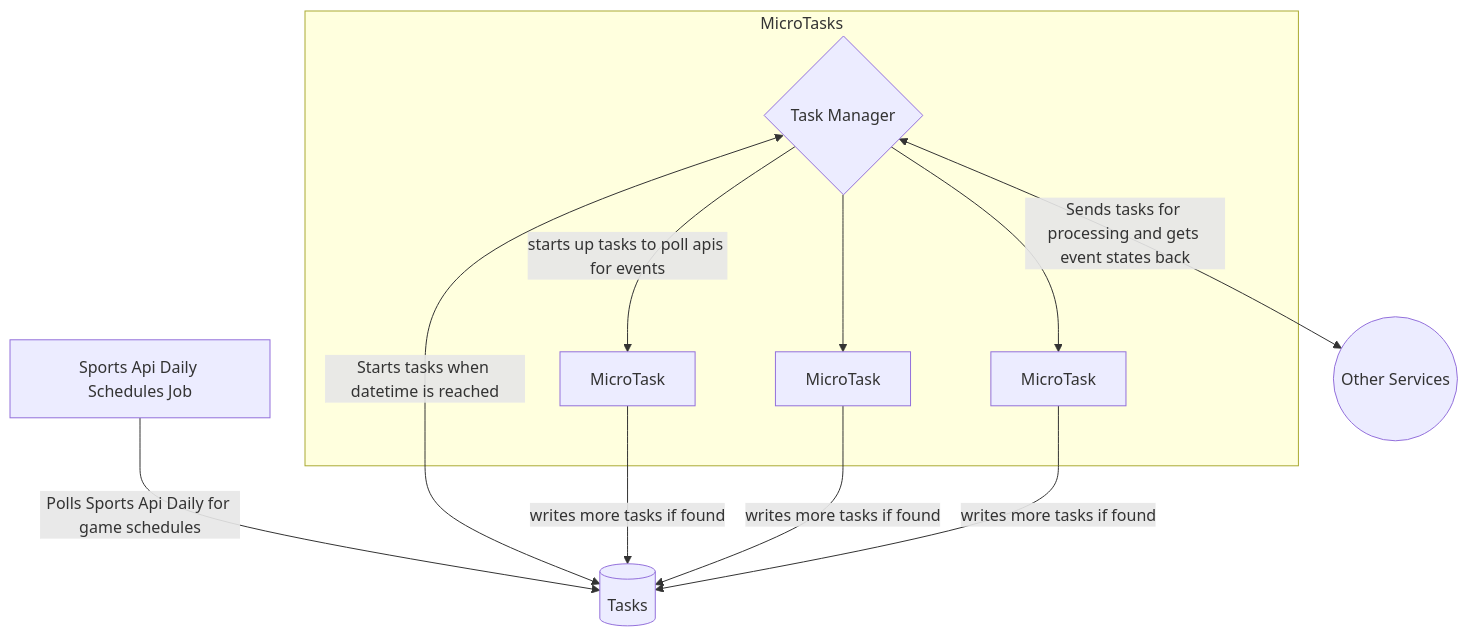
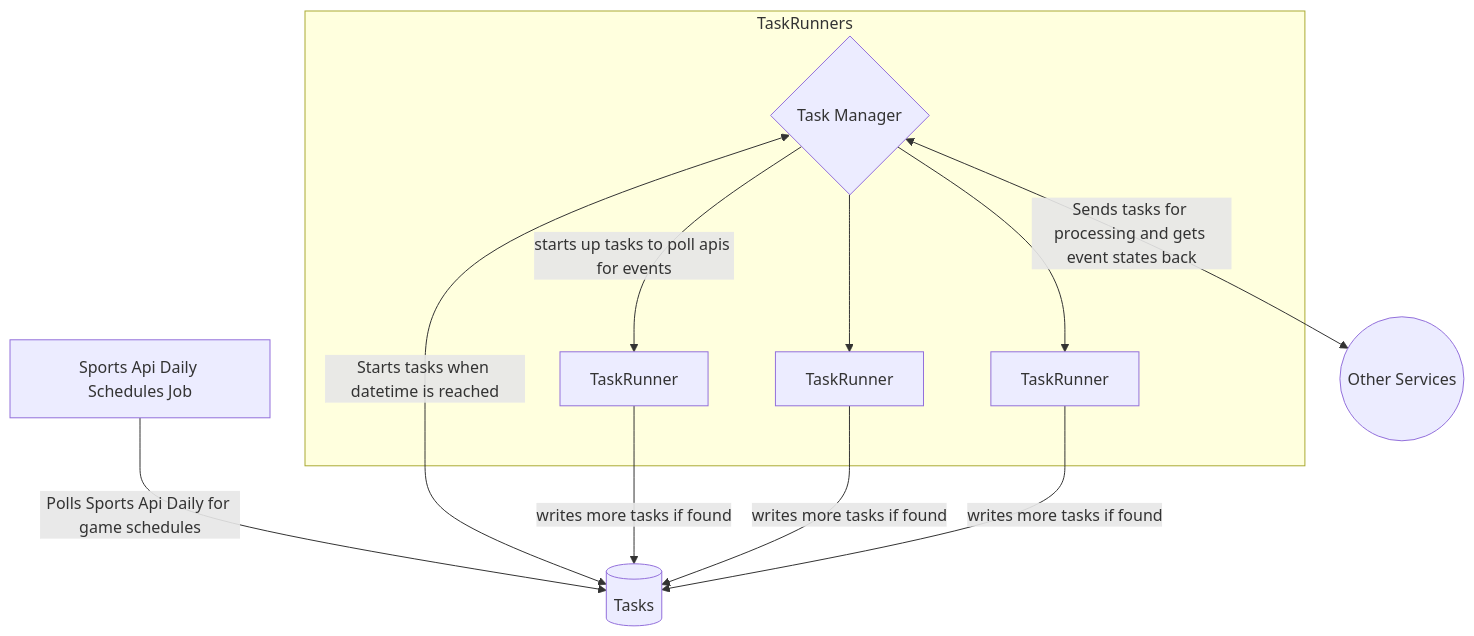
One commit to sombersomni/otf-event-service changed the diagram in README.md. Above: the diagram before and after it, drawn with Mermaid. The commit also changed other lines of this file, not shown here.

````diff
--- a/README.md
+++ b/README.md
@@ -74,14 +74,14 @@
 ```mermaid
 flowchart TD
     CronJob1[Sports Api Daily Schedules Job] --> |Polls Sports Api Daily for game schedules| TaskData[(Tasks)]
     TaskManager{Task Manager} <--> |Starts tasks when datetime is reached| TaskData
     TaskManager <--> |Sends tasks for processing and gets event states back| Services((Other Services))
-    subgraph MicroTasks
-    TaskManager --> |starts up tasks to poll apis for events| MicroTask1[MicroTask]
-    TaskManager --> MicroTask2[MicroTask]
-    TaskManager --> MicroTask3[MicroTask]
+    subgraph TaskRunners
+    TaskManager --> |starts up tasks to poll apis for events| TaskRunner1[TaskRunner]
+    TaskManager --> TaskRunner2[TaskRunner]
+    TaskManager --> TaskRunner3[TaskRunner]
     end
-    MicroTask1 --> |writes more tasks if found| TaskData
-    MicroTask2 --> |writes more tasks if found| TaskData
-    MicroTask3 --> |writes more tasks if found| TaskData
+    TaskRunner1 --> |writes more tasks if found| TaskData
+    TaskRunner2 --> |writes more tasks if found| TaskData
+    TaskRunner3 --> |writes more tasks if found| TaskData
 ```
````
